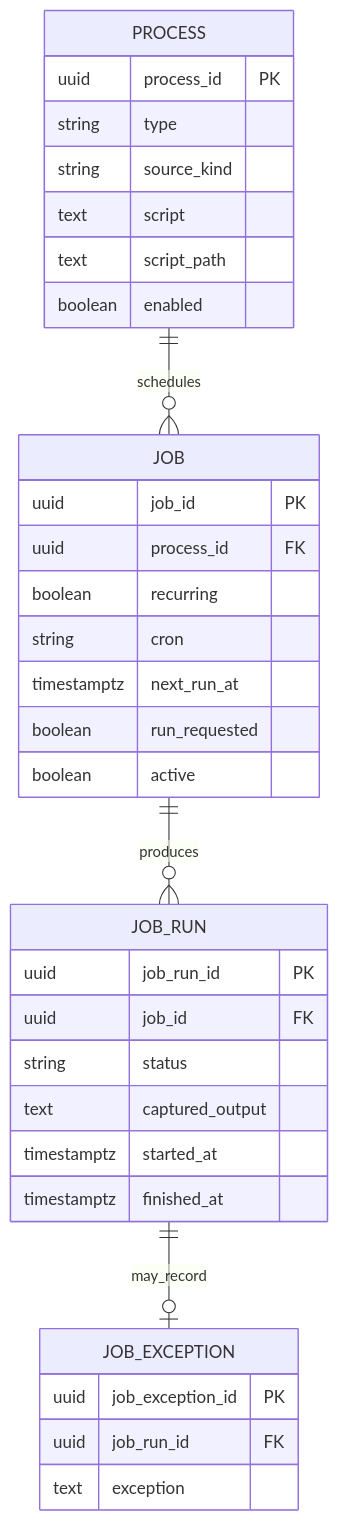
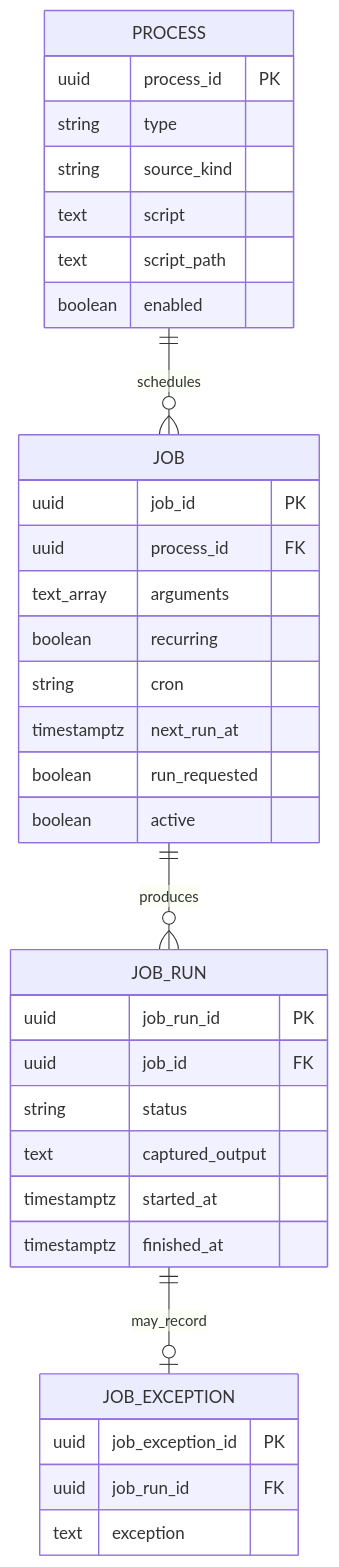
Before and after one commit to ScottRBK/Dark-Orchestrator: the fourth of 4 diagrams in docs/architecture/architecture.md, drawn with Mermaid. The commit also changed other lines of this file and 12 other files, not shown here.

````diff
--- a/docs/architecture/architecture.md
+++ b/docs/architecture/architecture.md
@@ -363,40 +367,41 @@
 ```mermaid
 erDiagram
     PROCESS ||--o{ JOB : schedules
     JOB ||--o{ JOB_RUN : produces
     JOB_RUN ||--o| JOB_EXCEPTION : may_record
 
     PROCESS {
         uuid process_id PK
         string type
         string source_kind
         text script
         text script_path
         boolean enabled
     }
 
     JOB {
         uuid job_id PK
         uuid process_id FK
+        text_array arguments
         boolean recurring
         string cron
         timestamptz next_run_at
         boolean run_requested
         boolean active
     }
 
     JOB_RUN {
         uuid job_run_id PK
         uuid job_id FK
         string status
         text captured_output
         timestamptz started_at
         timestamptz finished_at
     }
 
     JOB_EXCEPTION {
         uuid job_exception_id PK
         uuid job_run_id FK
         text exception
     }
 ```
````
